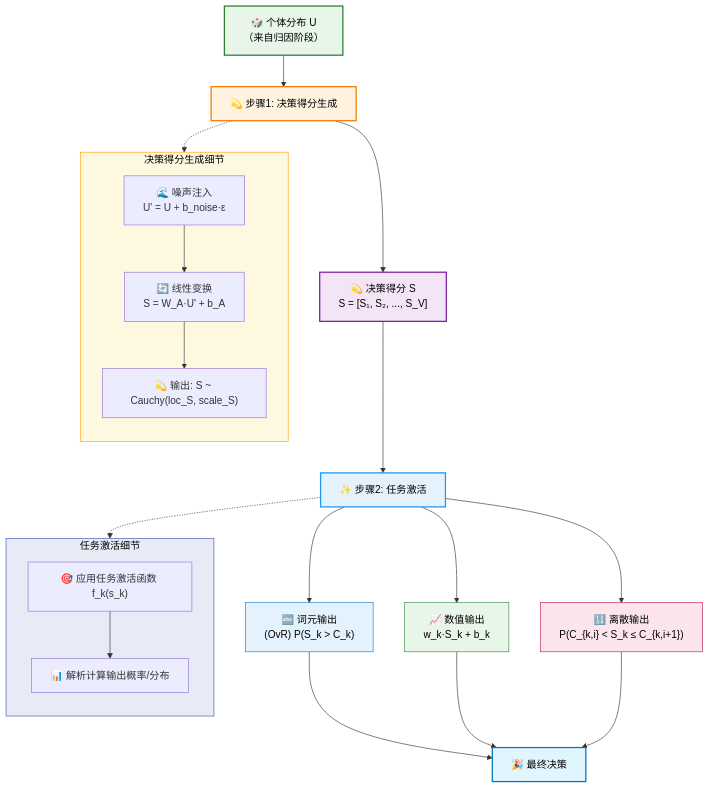
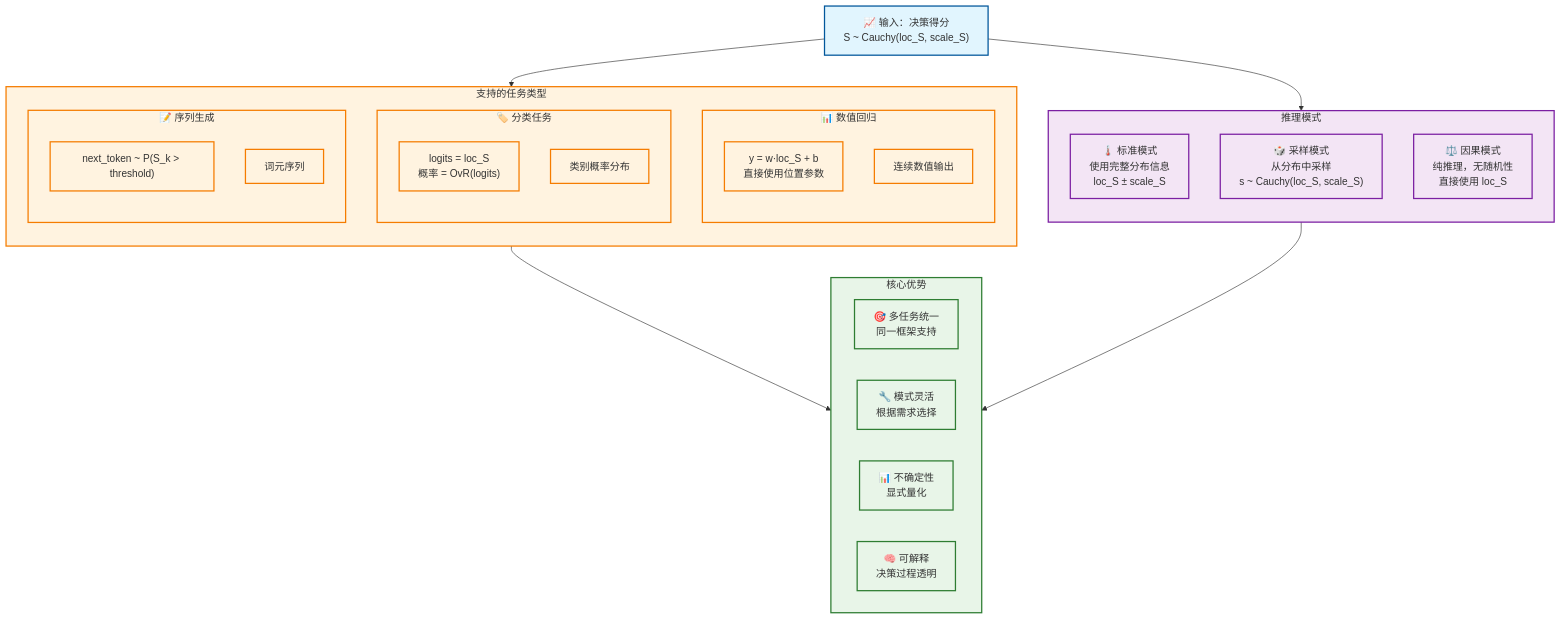
Before and after one commit to 1587causalai/CausalQwen: the sixth of 10 diagrams in causal_engine/MATHEMATICAL_FOUNDATIONS_CN.md, drawn with Mermaid. The commit also changed other lines of this file and 7 other files, not shown here.

````diff
--- a/causal_engine/MATHEMATICAL_FOUNDATIONS_CN.md
+++ b/causal_engine/MATHEMATICAL_FOUNDATIONS_CN.md
@@ -190,53 +319,58 @@
 ```mermaid
 graph TB
-    %% 行动阶段内部结构
+    InputS["📈 输入：决策得分<br/>S ~ Cauchy(loc_S, scale_S)"]
     
-    U2["🎲 个体分布 U<br/>（来自归因阶段）"]
-    
-    U2 --> Step1["💫 步骤1: 决策得分生成"]
-    
-    subgraph ScoreGen ["决策得分生成细节"]
+    subgraph TaskTypes["支持的任务类型"]
         direction TB
-        SG1["🌊 噪声注入<br/>U' = U + b_noise·ε"]
-        SG2["🔄 线性变换<br/>S = W_A·U' + b_A"]
-        SG3["💫 输出: S ~ Cauchy(loc_S, scale_S)"]
-        SG1 --> SG2 --> SG3
+        
+        subgraph Regression["📊 数值回归"]
+            direction TB
+            RegFormula["y = w·loc_S + b<br/>直接使用位置参数"]
+            RegOutput["连续数值输出"]
+        end
+        
+        subgraph Classification["🏷️ 分类任务"]
+            direction TB
+            ClassFormula["logits = loc_S<br/>概率 = OvR(logits)"]
+            ClassOutput["类别概率分布"]
+        end
+        
+        subgraph Sequence["📝 序列生成"]
+            direction TB
+            SeqFormula["next_token ~ P(S_k > threshold)"]
+            SeqOutput["词元序列"]
+        end
     end
     
-    Step1 -.-> ScoreGen
-    
-    Step1 --> S2["💫 决策得分 S<br/>S = [S₁, S₂, ..., S_V]"]
-    
-    S2 --> Step2["✨ 步骤2: 任务激活"]
-    
-    subgraph TaskAct ["任务激活细节"]
+    subgraph InferenceModes["推理模式"]
         direction TB
-        TA1["🎯 应用任务激活函数 f_k(s_k)"]
-        TA2["📊 解析计算输出概率/分布"]
-        TA1 --> TA2
+        
+        Standard["🌡️ 标准模式<br/>使用完整分布信息<br/>loc_S ± scale_S"]
+        Sampling["🎲 采样模式<br/>从分布中采样<br/>s ~ Cauchy(loc_S, scale_S)"]
+        CausalMode["⚖️ 因果模式<br/>纯推理，无随机性<br/>直接使用 loc_S"]
     end
     
-    Step2 -.-> TaskAct
+    InputS --> TaskTypes
+    InputS --> InferenceModes
     
-    Step2 --> Token2["🔤 词元输出<br/>(OvR) P(S_k > C_k)"]
-    Step2 --> Numeric2["📈 数值输出<br/>w_k·S_k + b_k"]
-    Step2 --> Discrete2["🔢 离散输出<br/>P(C_{k,i} < S_k ≤ C_{k,i+1})"]
+    subgraph Advantages["核心优势"]
+        direction LR
+        A1["🎯 多任务统一<br/>同一框架支持"]
+        A2["🔧 模式灵活<br/>根据需求选择"]
+        A3["📊 不确定性<br/>显式量化"]
+        A4["🧠 可解释<br/>决策过程透明"]
+    end
     
-    Token2 --> Final["🎉 最终决策"]
-    Numeric2 --> Final
-    Discrete2 --> Final
+    TaskTypes --> Advantages
+    InferenceModes --> Advantages
     
-    %% 样式
-    style U2 fill:#e8f5e9,stroke:#2e7d32,stroke-width:2px,color:#000
-    style Step1 fill:#fff3e0,stroke:#f57c00,stroke-width:2px,color:#000
-    style Step2 fill:#e3f2fd,stroke:#2196f3,stroke-width:2px,color:#000
-    style S2 fill:#f3e5f5,stroke:#7b1fa2,stroke-width:2px,color:#000
-    style Final fill:#e1f5fe,stroke:#0277bd,stroke-width:2px,color:#000
+    classDef inputStyle fill:#e1f5fe,stroke:#01579b,stroke-width:2px
+    classDef taskStyle fill:#fff3e0,stroke:#f57c00,stroke-width:2px
+    classDef modeStyle fill:#f3e5f5,stroke:#7b1fa2,stroke-width:2px
+    classDef advantageStyle fill:#e8f5e8,stroke:#2e7d32,stroke-width:2px
     
-    style ScoreGen fill:#fff8e1,stroke:#ffa000,stroke-width:1px,color:#000
-    style TaskAct fill:#e8eaf6,stroke:#3f51b5,stroke-width:1px,color:#000
-    
-    style Token2 fill:#e3f2fd,stroke:#1976d2,color:#000
-    style Numeric2 fill:#e8f5e9,stroke:#388e3c,color:#000
-    style Discrete2 fill:#fce4ec,stroke:#c2185b,color:#000
+    class InputS inputStyle
+    class TaskTypes,Regression,Classification,Sequence,RegFormula,RegOutput,ClassFormula,ClassOutput,SeqFormula,SeqOutput taskStyle
+    class InferenceModes,Standard,Sampling,CausalMode modeStyle
+    class Advantages,A1,A2,A3,A4 advantageStyle
 ```
````
